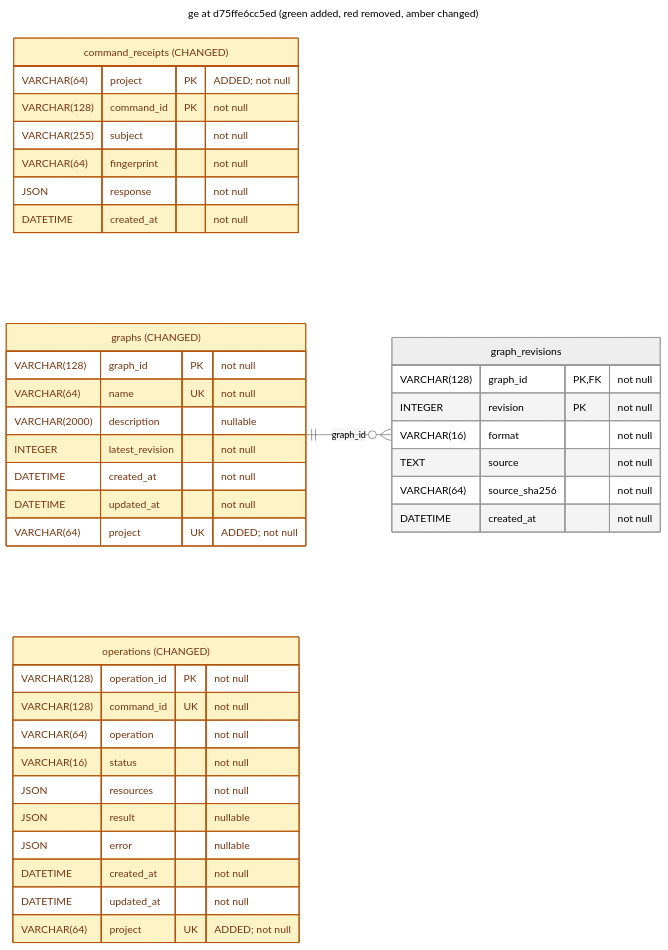
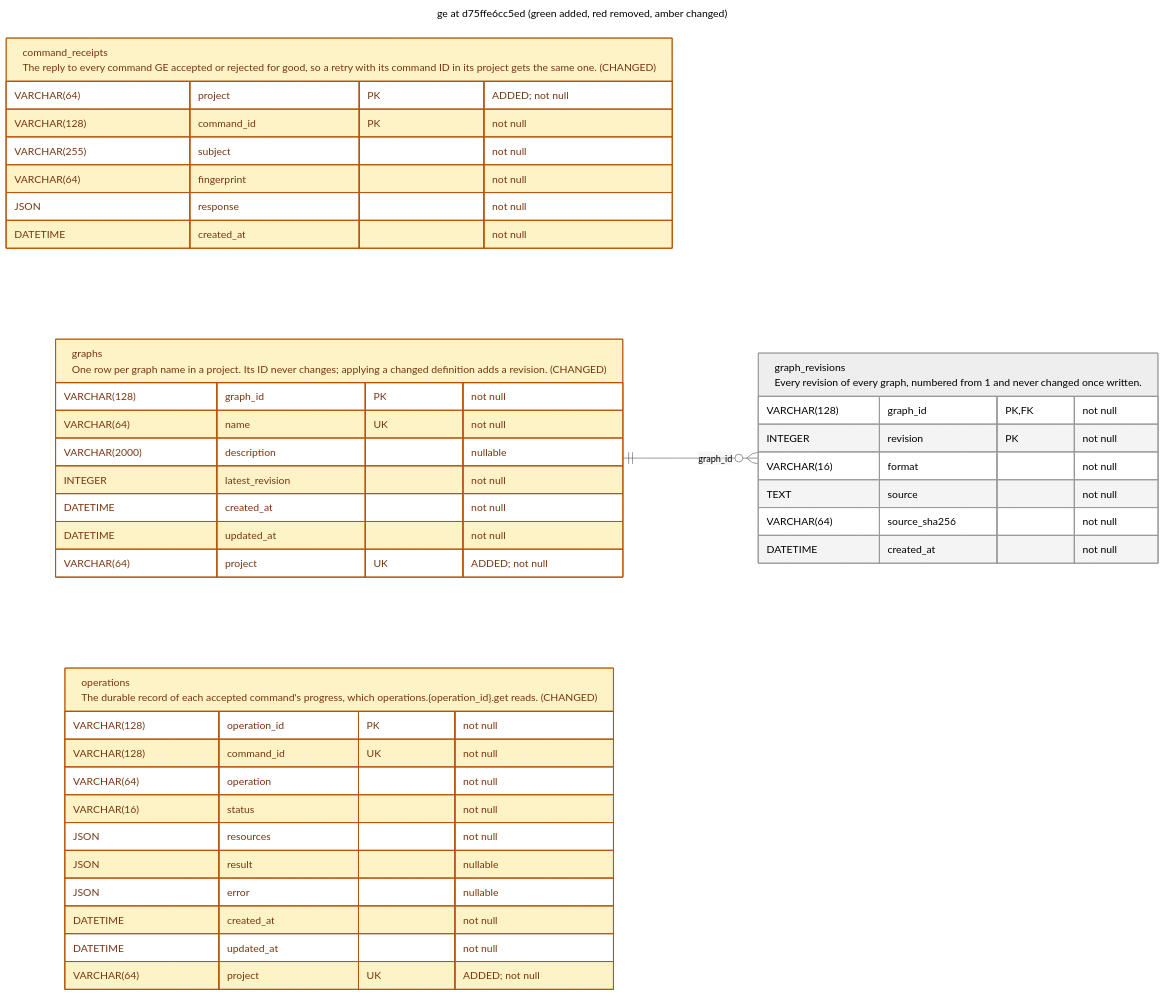
The diagram in v2/docs/schema/latest_ge.mermaid (OpenEngine/OpenEngine), drawn with Mermaid before and after one commit. The commit also changed 25 other files, not shown here.

Commit message:
docs: update service schemas

```diff
--- a/v2/docs/schema/latest_ge.mermaid
+++ b/v2/docs/schema/latest_ge.mermaid
@@ -1,54 +1,54 @@
 ---
 title: ge at d75ffe6cc5ed (green added, red removed, amber changed)
 config:
   theme: neutral
 ---
 erDiagram
     direction LR
     %% REMOVED tables/columns are tombstones, absent from this revision's schema.
     %% Column changes include type, nullability, default and key membership.
     %% Table changes also include indexes and constraints.
     classDef added fill:#dcfce7,stroke:#15803d,color:#14532d
     classDef removed fill:#fee2e2,stroke:#b91c1c,color:#7f1d1d
     classDef changed fill:#fef3c7,stroke:#b45309,color:#78350f
-    command_receipts["command_receipts (CHANGED)"] {
+    command_receipts["command_receipts<br/>The reply to every command GE accepted or rejected for good, so a retry with its command ID in its project gets the same one. (CHANGED)"] {
         VARCHAR(64) project PK "ADDED; not null"
         VARCHAR(128) command_id PK "not null"
         VARCHAR(255) subject "not null"
         VARCHAR(64) fingerprint "not null"
         JSON response "not null"
         DATETIME created_at "not null"
     }
     class command_receipts changed
-    graph_revisions["graph_revisions"] {
+    graph_revisions["graph_revisions<br/>Every revision of every graph, numbered from 1 and never changed once written."] {
         VARCHAR(128) graph_id PK,FK "not null"
         INTEGER revision PK "not null"
         VARCHAR(16) format "not null"
         TEXT source "not null"
         VARCHAR(64) source_sha256 "not null"
         DATETIME created_at "not null"
     }
     graphs ||--o{ graph_revisions : "graph_id"
-    graphs["graphs (CHANGED)"] {
+    graphs["graphs<br/>One row per graph name in a project. Its ID never changes; applying a changed definition adds a revision. (CHANGED)"] {
         VARCHAR(128) graph_id PK "not null"
         VARCHAR(64) name UK "not null"
         VARCHAR(2000) description "nullable"
         INTEGER latest_revision "not null"
         DATETIME created_at "not null"
         DATETIME updated_at "not null"
         VARCHAR(64) project UK "ADDED; not null"
     }
     class graphs changed
-    operations["operations (CHANGED)"] {
+    operations["operations<br/>The durable record of each accepted command's progress, which operations.{operation_id}.get reads. (CHANGED)"] {
         VARCHAR(128) operation_id PK "not null"
         VARCHAR(128) command_id UK "not null"
         VARCHAR(64) operation "not null"
         VARCHAR(16) status "not null"
         JSON resources "not null"
         JSON result "nullable"
         JSON error "nullable"
         DATETIME created_at "not null"
         DATETIME updated_at "not null"
         VARCHAR(64) project UK "ADDED; not null"
     }
     class operations changed
```
